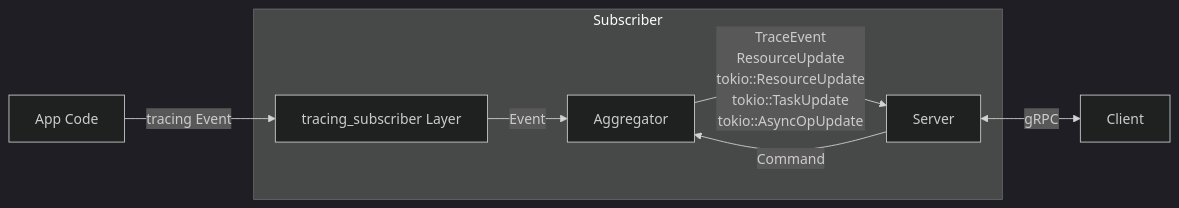
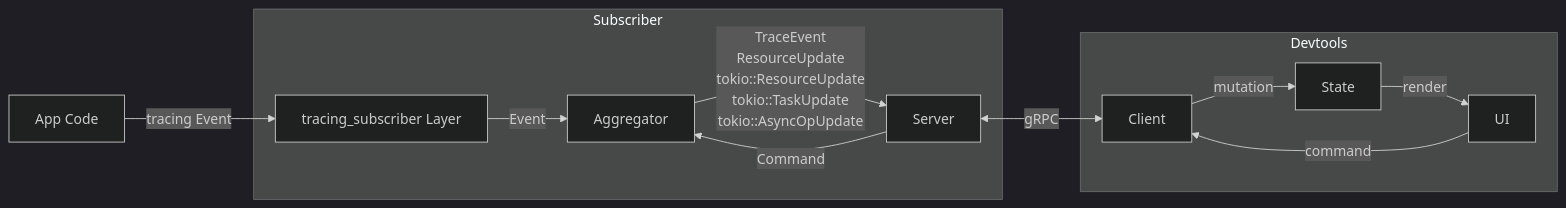
One commit to crabnebula-dev/devtools changed the diagram in ARCHITECTURE.md. Above: the diagram before and after it, drawn with Mermaid (dark theme).

````diff
--- a/ARCHITECTURE.md
+++ b/ARCHITECTURE.md
@@ -29,23 +29,32 @@
 ```mermaid
 flowchart LR
     A[App Code]
     subgraph Subscriber
     L[tracing_subscriber Layer]
     Ag[Aggregator]
     S[Server]
     end
+    subgraph Devtools
     C[Client]
+    P[State]
+    U[UI]
+    end
+
 
     A -->|tracing Event| L
     L -->|Event| Ag
     S -->|Command| Ag
     Ag
     Ag -->|"
         TraceEvent
         ResourceUpdate
         tokio::ResourceUpdate
         tokio::TaskUpdate
         tokio::AsyncOpUpdate
     "| S
     S <-->|gRPC| C
+
+    C -->|mutation| P
+    P -->|render| U
+    U -->|command| C
 ```
````
